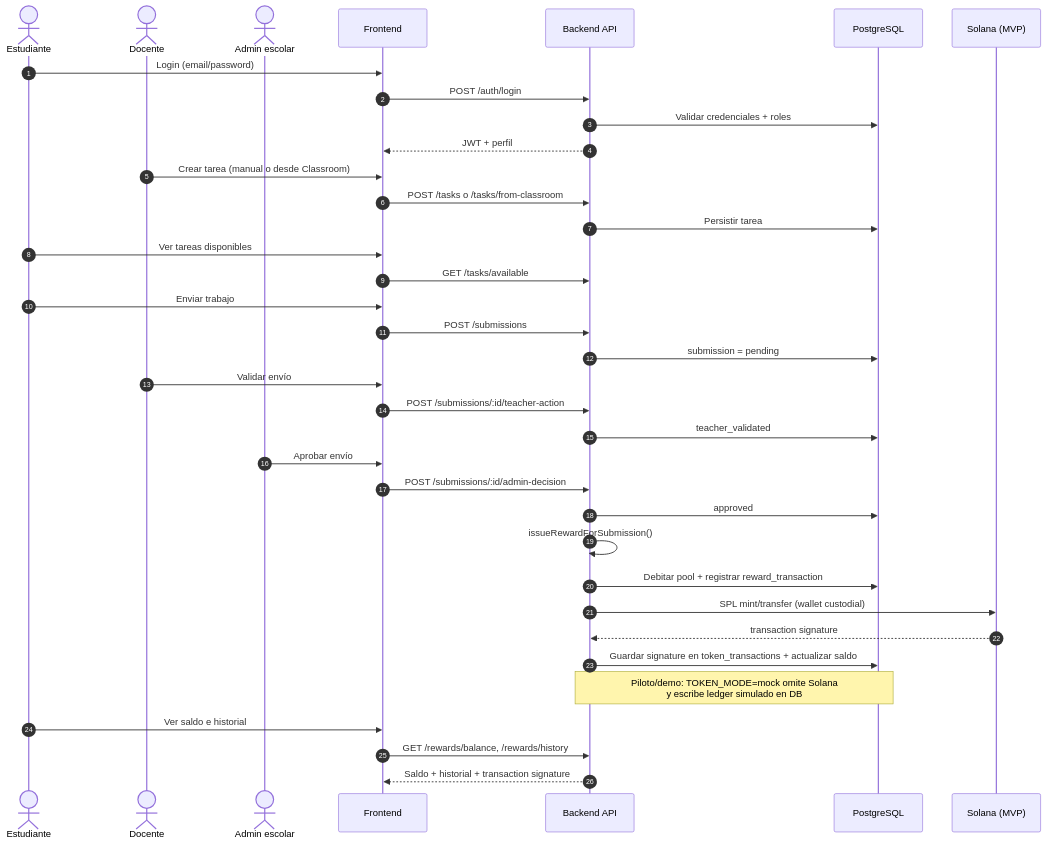
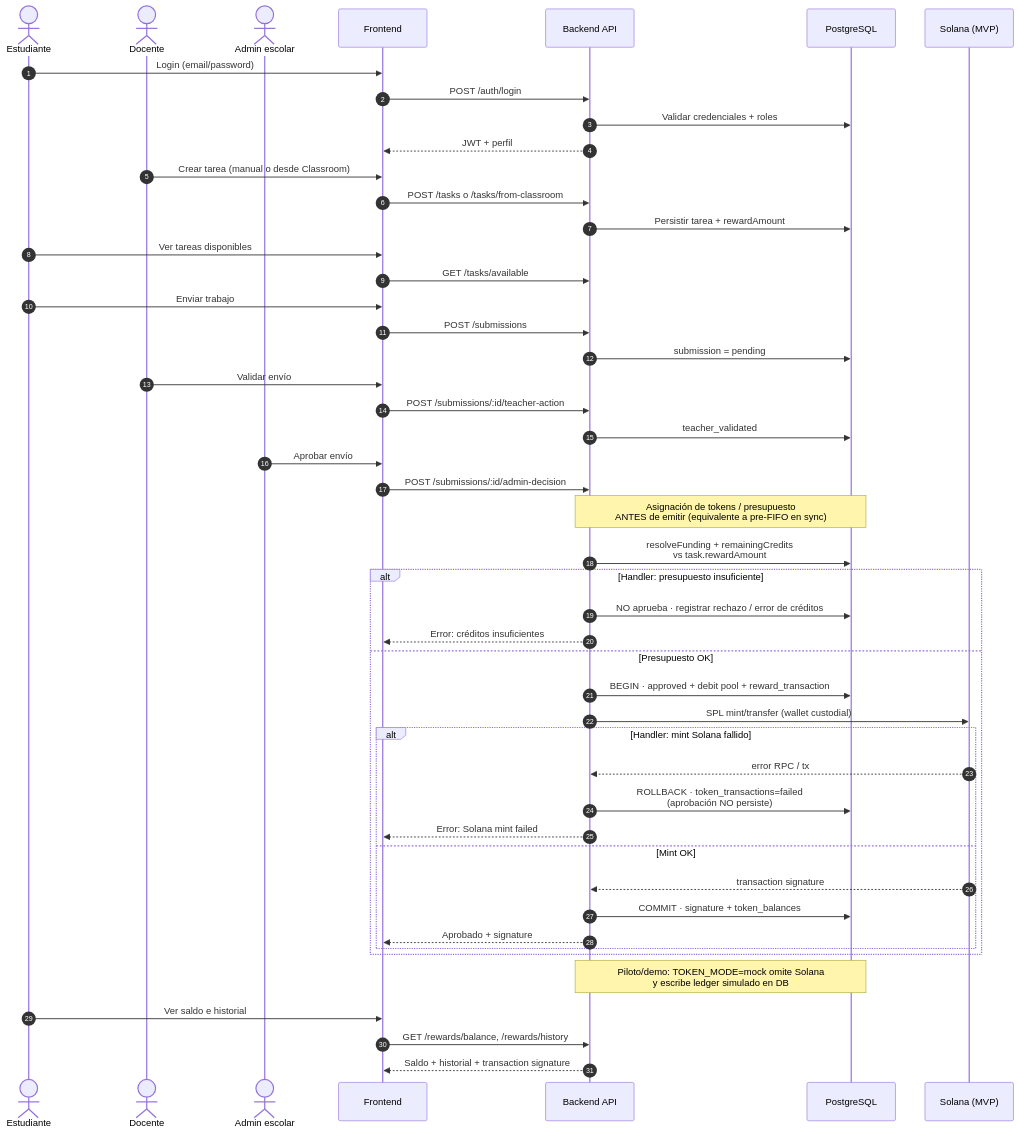
The second of 23 diagrams in docs/arquitectura-mvp.md (angeldavid218/scholarfi), drawn with Mermaid before and after one commit. The commit also changed other lines of this file and 9 other files, not shown here.

````diff
--- a/docs/arquitectura-mvp.md
+++ b/docs/arquitectura-mvp.md
@@ -148,46 +196,59 @@
 ```mermaid
 sequenceDiagram
     autonumber
     actor S as Estudiante
     actor T as Docente
     actor A as Admin escolar
     participant FE as Frontend
     participant API as Backend API
     participant DB as PostgreSQL
     participant SOL as Solana (MVP)
 
     S->>FE: Login (email/password)
     FE->>API: POST /auth/login
     API->>DB: Validar credenciales + roles
     API-->>FE: JWT + perfil
 
     T->>FE: Crear tarea (manual o desde Classroom)
     FE->>API: POST /tasks o /tasks/from-classroom
-    API->>DB: Persistir tarea
+    API->>DB: Persistir tarea + rewardAmount
 
     S->>FE: Ver tareas disponibles
     FE->>API: GET /tasks/available
-  S->>FE: Enviar trabajo
+    S->>FE: Enviar trabajo
     FE->>API: POST /submissions
     API->>DB: submission = pending
 
     T->>FE: Validar envío
     FE->>API: POST /submissions/:id/teacher-action
     API->>DB: teacher_validated
 
     A->>FE: Aprobar envío
     FE->>API: POST /submissions/:id/admin-decision
-    API->>DB: approved
-    API->>API: issueRewardForSubmission()
-    API->>DB: Debitar pool + registrar reward_transaction
 
-    API->>SOL: SPL mint/transfer (wallet custodial)
-    SOL-->>API: transaction signature
-    API->>DB: Guardar signature en token_transactions + actualizar saldo
+    Note over API,DB: Asignación de tokens / presupuesto<br/>ANTES de emitir (equivalente a pre-FIFO en sync)
+    API->>DB: resolveFunding + remainingCredits<br/>vs task.rewardAmount
+
+    alt Handler: presupuesto insuficiente
+        API->>DB: NO aprueba · registrar rechazo / error de créditos
+        API-->>FE: Error: créditos insuficientes
+    else Presupuesto OK
+        API->>DB: BEGIN · approved + debit pool + reward_transaction
+        API->>SOL: SPL mint/transfer (wallet custodial)
+        alt Handler: mint Solana fallido
+            SOL-->>API: error RPC / tx
+            API->>DB: ROLLBACK · token_transactions=failed<br/>(aprobación NO persiste)
+            API-->>FE: Error: Solana mint failed
+        else Mint OK
+            SOL-->>API: transaction signature
+            API->>DB: COMMIT · signature + token_balances
+            API-->>FE: Aprobado + signature
+        end
+    end
 
     Note over API,DB: Piloto/demo: TOKEN_MODE=mock omite Solana<br/>y escribe ledger simulado en DB
 
     S->>FE: Ver saldo e historial
     FE->>API: GET /rewards/balance, /rewards/history
     API-->>FE: Saldo + historial + transaction signature
 ```
````
